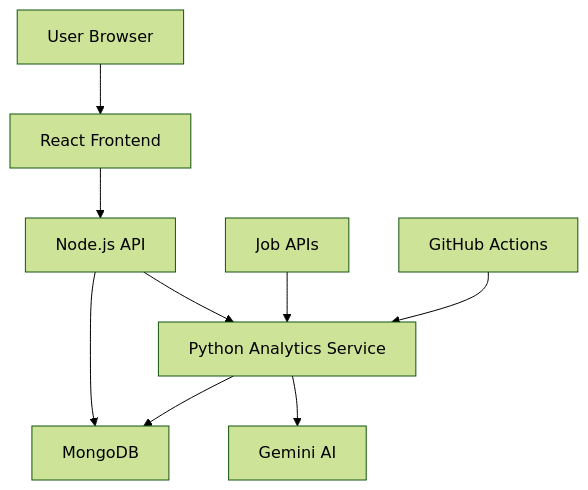
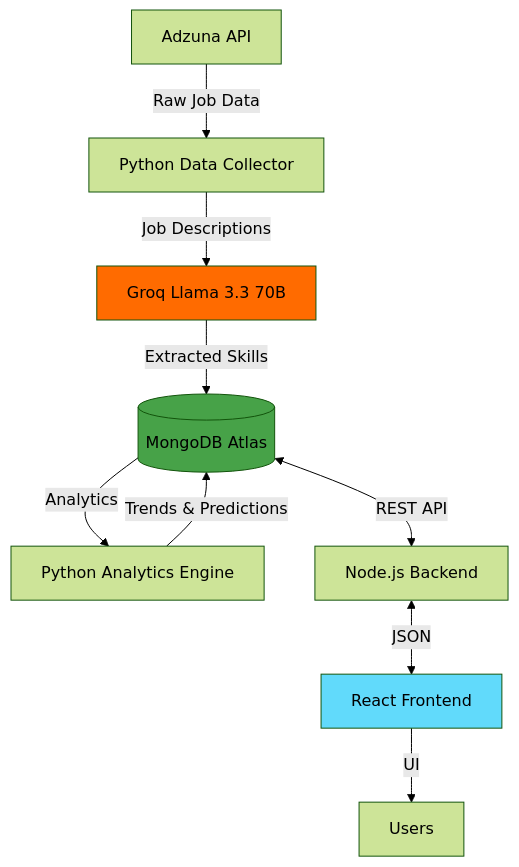
One commit to Suraj-Wakchaure/skillpulse changed the diagram in README.md. Above: the diagram before and after it, drawn with Mermaid (forest theme). The commit also changed other lines of this file and 6 other files, not shown here.

Commit message:
Day 3 complete: Groq Llama 3.3 skill extraction with 83.8% accuracy, updated README

````diff
--- a/README.md
+++ b/README.md
@@ -126,11 +115,15 @@
 ```mermaid
 graph TD
-    A[User Browser] --> B[React Frontend]
-    B --> C[Node.js API]
-    C --> D[MongoDB]
-    C --> E[Python Analytics Service]
-    E --> D
-    E --> F[Gemini AI]
-    G[Job APIs] --> E
-    H[GitHub Actions] --> E
+    A[Adzuna API] -->|Raw Job Data| B[Python Data Collector]
+    B -->|Job Descriptions| C[Groq Llama 3.3 70B]
+    C -->|Extracted Skills| D[(MongoDB Atlas)]
+    D -->|Analytics| E[Python Analytics Engine]
+    E -->|Trends & Predictions| D
+    D <-->|REST API| F[Node.js Backend]
+    F <-->|JSON| G[React Frontend]
+    G -->|UI| H[Users]
+    
+    style C fill:#FF6B00
+    style D fill:#47A248
+    style G fill:#61DAFB
 ```
````
